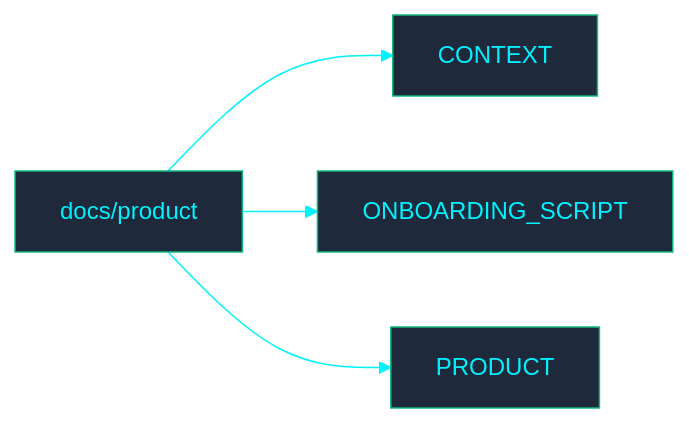
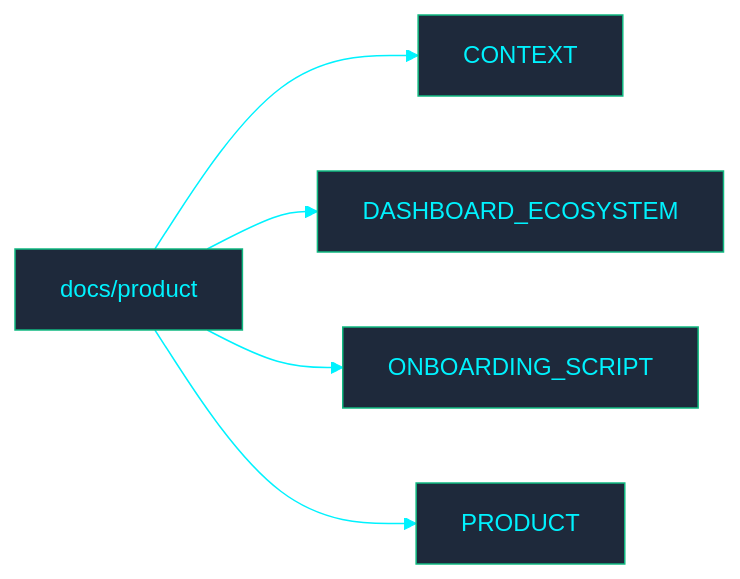
Before and after one commit to PATTANAKORN025/IMS: the diagram in docs/product/README.md, drawn with Mermaid. The commit also changed other lines of this file and 4 other files, not shown here.

Commit message:
docs: add 15-dashboard Macro-to-Micro ecosystem guide

````diff
--- a/docs/product/README.md
+++ b/docs/product/README.md
@@ -7,8 +7,9 @@
 ```mermaid
 %%{init: {'theme': 'base', 'themeVariables': { 'primaryColor': '#1e293b', 'primaryTextColor': '#00F2FE', 'primaryBorderColor': '#10B981', 'lineColor': '#00F2FE', 'secondaryColor': '#0f172a', 'tertiaryColor': '#0f172a', 'clusterBkg': '#030407', 'clusterBorder': '#00F2FE'}}}%%
 flowchart LR
   ROOT["docs/product"]
   ROOT --> F0["CONTEXT"]
-  ROOT --> F1["ONBOARDING_SCRIPT"]
-  ROOT --> F2["PRODUCT"]
+  ROOT --> F1["DASHBOARD_ECOSYSTEM"]
+  ROOT --> F2["ONBOARDING_SCRIPT"]
+  ROOT --> F3["PRODUCT"]
 ```
````
